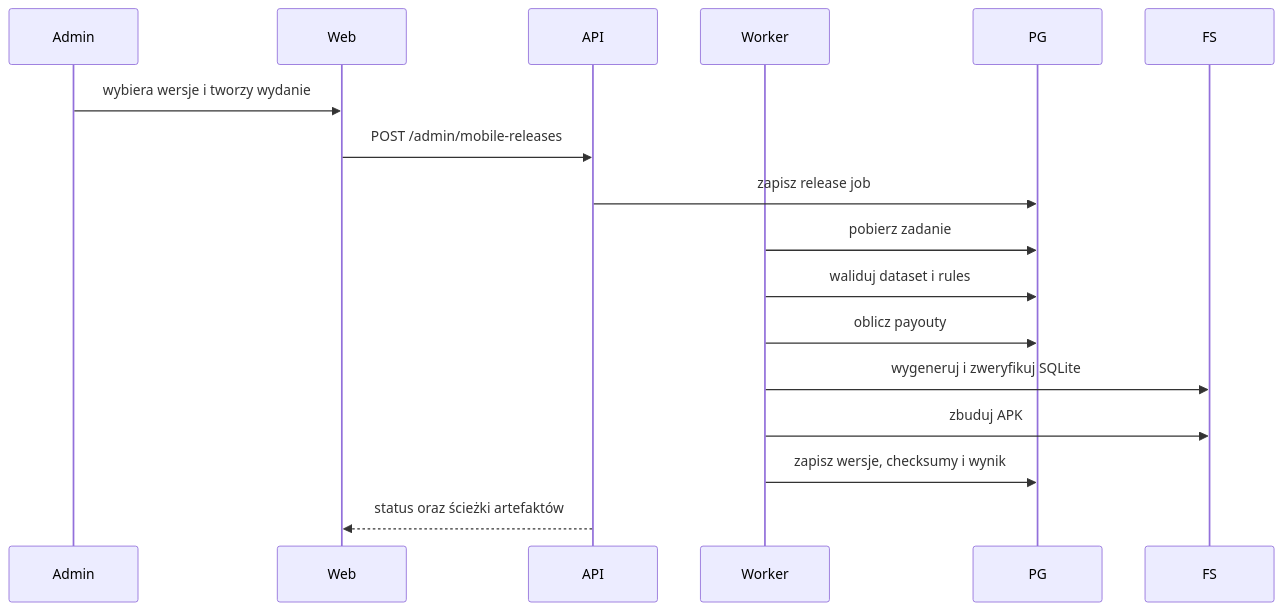
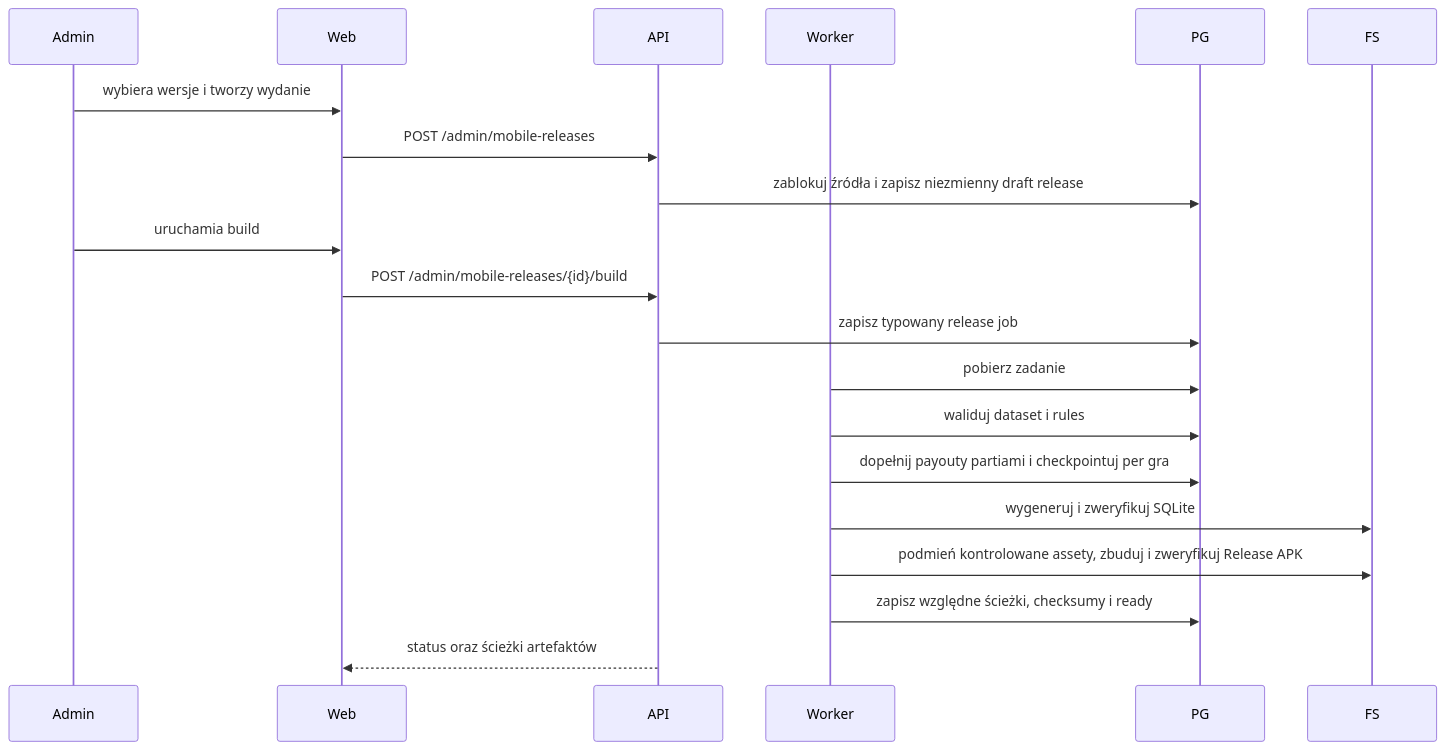
The fourth of 4 diagrams in ai_docs/architecture/SYSTEM_ARCHITECTURE.md (tuszynski-michal/game_predicotr), drawn with Mermaid before and after one commit. The commit also changed other lines of this file and 58 other files, not shown here.

````diff
--- a/ai_docs/architecture/SYSTEM_ARCHITECTURE.md
+++ b/ai_docs/architecture/SYSTEM_ARCHITECTURE.md
@@ -215,20 +215,23 @@
 ```mermaid
 sequenceDiagram
     participant Admin
     participant Web
     participant API
     participant Worker
     participant PG
     participant FS
 
     Admin->>Web: wybiera wersje i tworzy wydanie
     Web->>API: POST /admin/mobile-releases
-    API->>PG: zapisz release job
+    API->>PG: zablokuj źródła i zapisz niezmienny draft release
+    Admin->>Web: uruchamia build
+    Web->>API: POST /admin/mobile-releases/{id}/build
+    API->>PG: zapisz typowany release job
     Worker->>PG: pobierz zadanie
     Worker->>PG: waliduj dataset i rules
-    Worker->>PG: oblicz payouty
+    Worker->>PG: dopełnij payouty partiami i checkpointuj per gra
     Worker->>FS: wygeneruj i zweryfikuj SQLite
-    Worker->>FS: zbuduj APK
-    Worker->>PG: zapisz wersje, checksumy i wynik
+    Worker->>FS: podmień kontrolowane assety, zbuduj i zweryfikuj Release APK
+    Worker->>PG: zapisz względne ścieżki, checksumy i ready
     API-->>Web: status oraz ścieżki artefaktów
 ```
````
